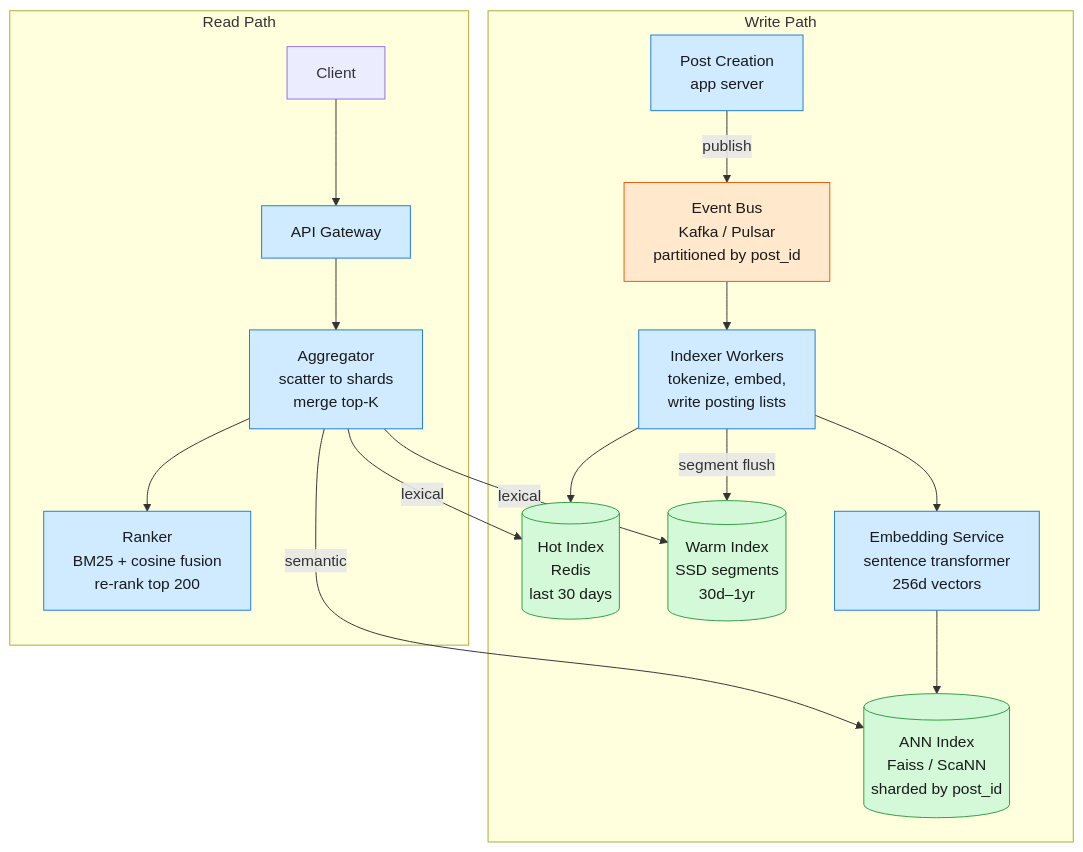
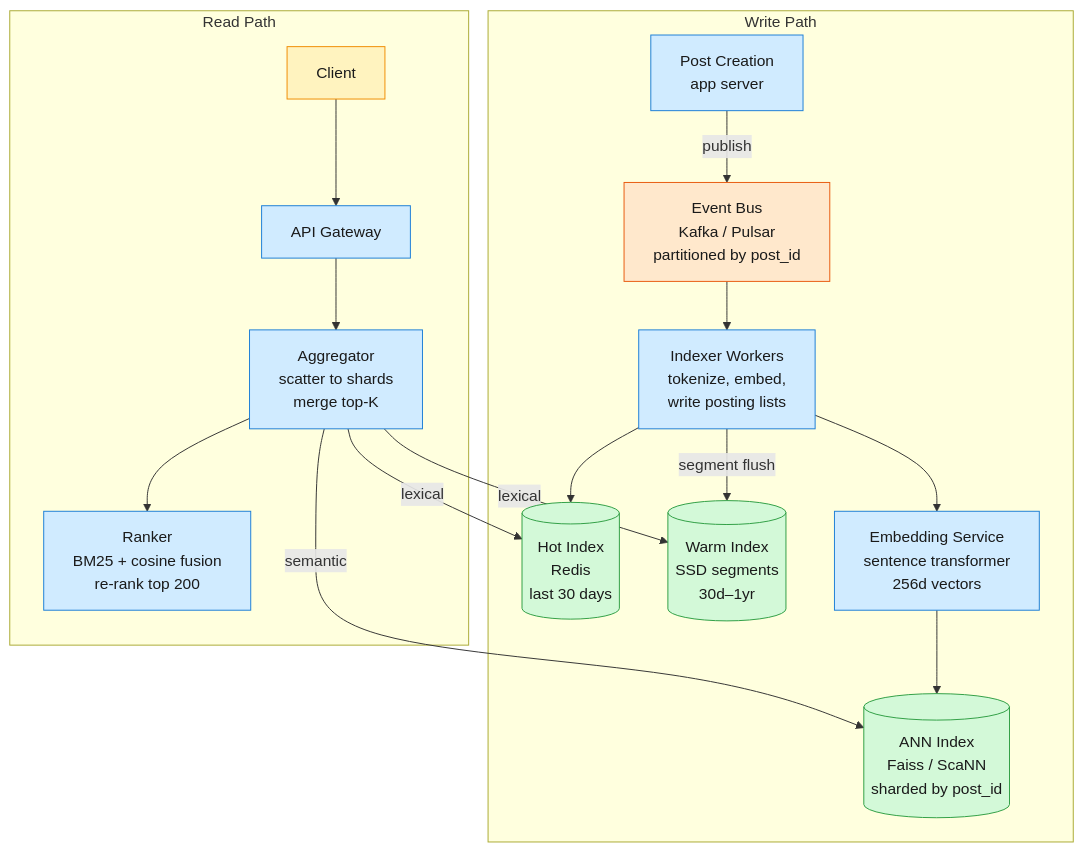
The second of 3 diagrams in _posts/2026-07-02-system-design-post-search.md (iliazlobin/iliazlobin.github.io), drawn with Mermaid before and after one commit. The commit also changed other lines of this file and 45 other files, not shown here.

First line of the commit message:
Republish all posts from Notion: fix mermaid errors, drop §7 Trade-offs (#88)

````diff
--- a/_posts/2026-07-02-system-design-post-search.md
+++ b/_posts/2026-07-02-system-design-post-search.md
@@ -96,28 +97,29 @@
 ```mermaid
 graph TB
     subgraph WritePath["Write Path"]
         App[Post Creation<br/>app server] -->|publish| Kafka[Event Bus<br/>Kafka / Pulsar<br/>partitioned by post_id]
         Kafka --> Indexer[Indexer Workers<br/>tokenize, embed,<br/>write posting lists]
         Indexer --> Redis[(Hot Index<br/>Redis<br/>last 30 days)]
         Indexer -->|segment flush| SSD[(Warm Index<br/>SSD segments<br/>30d–1yr)]
         Indexer --> Embedder[Embedding Service<br/>sentence transformer<br/>256d vectors]
         Embedder --> Faiss[(ANN Index<br/>Faiss / ScaNN<br/>sharded by post_id)]
     end
 
     subgraph ReadPath["Read Path"]
         Client2[Client] --> Gateway2[API Gateway]
         Gateway2 --> Aggregator[Aggregator<br/>scatter to shards<br/>merge top-K]
         Aggregator -->|lexical| Redis
         Aggregator -->|lexical| SSD
         Aggregator -->|semantic| Faiss
         Aggregator --> Ranker[Ranker<br/>BM25 + cosine fusion<br/>re-rank top 200]
     end
 
     classDef edge fill:#fff3bf,stroke:#f08c00,color:#1a1a1a
     classDef svc fill:#d0ebff,stroke:#1c7ed6,color:#1a1a1a
     classDef store fill:#d3f9d8,stroke:#2f9e44,color:#1a1a1a
     classDef async fill:#ffe8cc,stroke:#e8590c,color:#1a1a1a
     class Kafka async
     class App,Gateway2,Aggregator,Indexer,Embedder,Ranker svc
     class Redis,SSD,Faiss store
+    class Client2 edge
 ```
````
